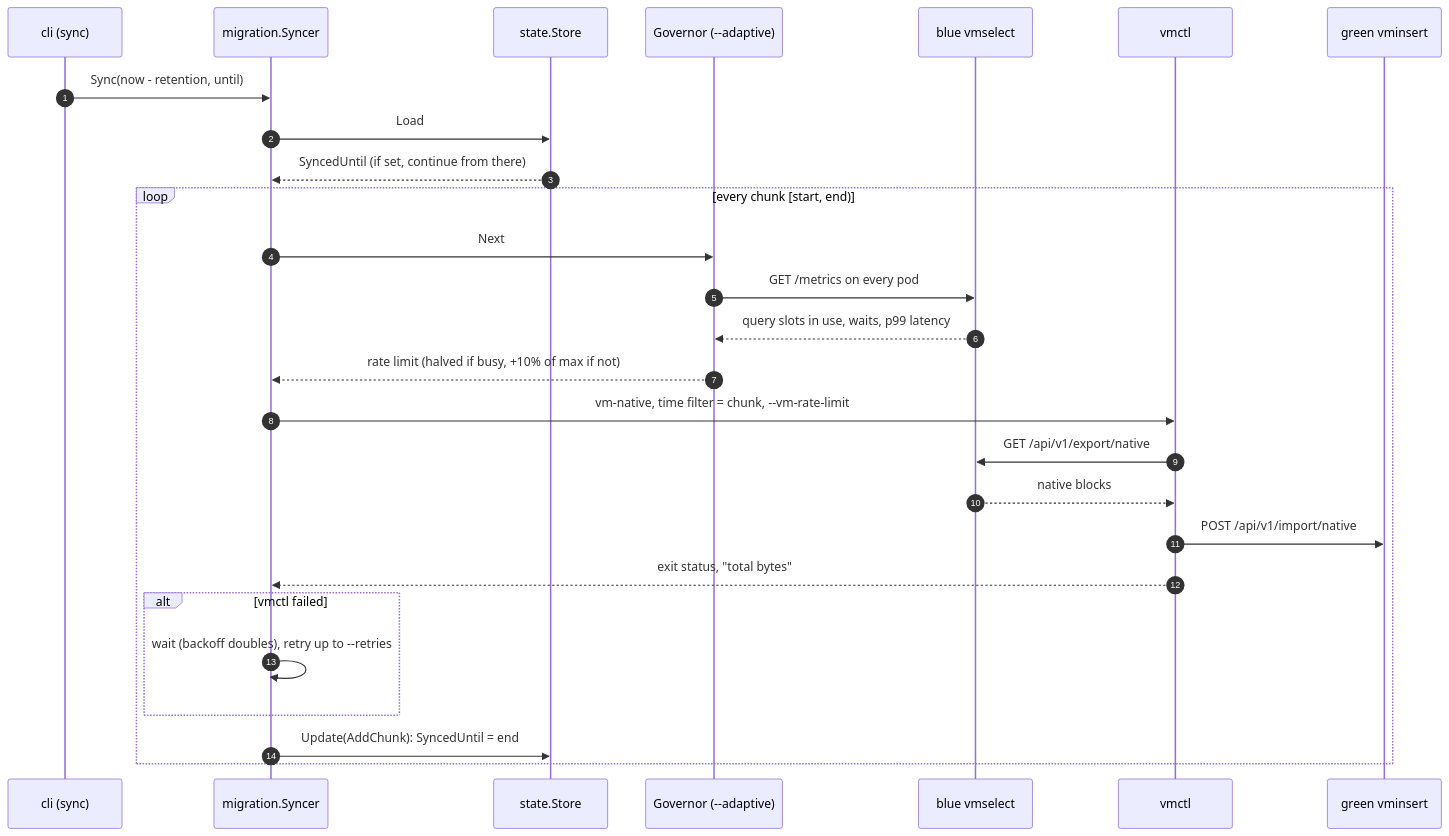
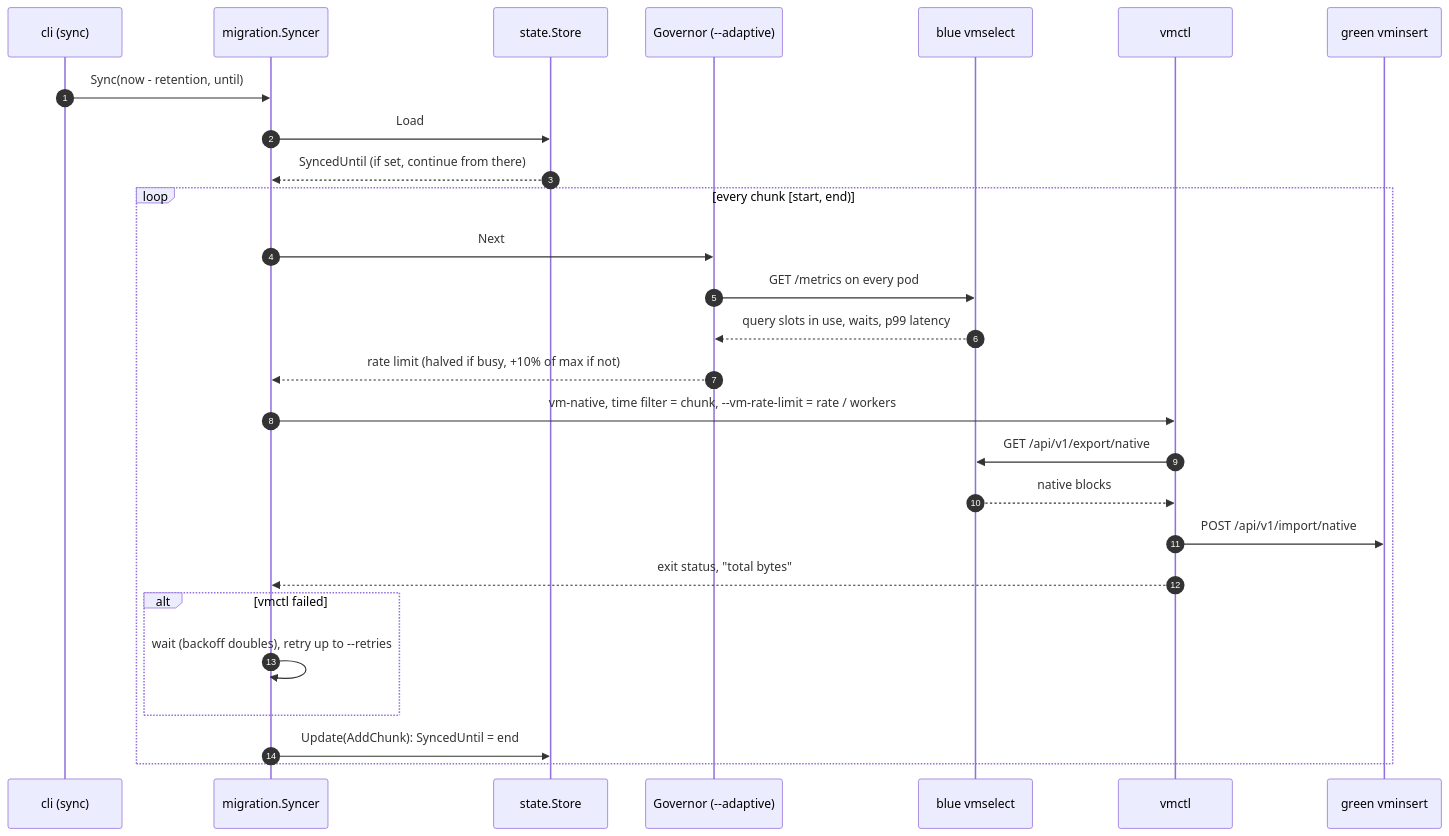
Before and after one commit to kokuwaio/victoriametrics-rebalance: the third of 5 diagrams in docs/architecture.md, drawn with Mermaid. The commit also changed other lines of this file and 21 other files, not shown here.

````diff
--- a/docs/architecture.md
+++ b/docs/architecture.md
@@ -133,30 +133,30 @@
 ```mermaid
 sequenceDiagram
     autonumber
     participant CLI as cli (sync)
     participant S as migration.Syncer
     participant St as state.Store
     participant G as Governor (--adaptive)
     participant B as blue vmselect
     participant V as vmctl
     participant GI as green vminsert
 
     CLI->>S: Sync(now - retention, until)
     S->>St: Load
     St-->>S: SyncedUntil (if set, continue from there)
     loop every chunk [start, end)
         S->>G: Next
         G->>B: GET /metrics on every pod
         B-->>G: query slots in use, waits, p99 latency
         G-->>S: rate limit (halved if busy, +10% of max if not)
-        S->>V: vm-native, time filter = chunk, --vm-rate-limit
+        S->>V: vm-native, time filter = chunk, --vm-rate-limit = rate / workers
         V->>B: GET /api/v1/export/native
         B-->>V: native blocks
         V->>GI: POST /api/v1/import/native
         V-->>S: exit status, "total bytes"
         alt vmctl failed
             S->>S: wait (backoff doubles), retry up to --retries
         end
         S->>St: Update(AddChunk): SyncedUntil = end
     end
 ```
````
